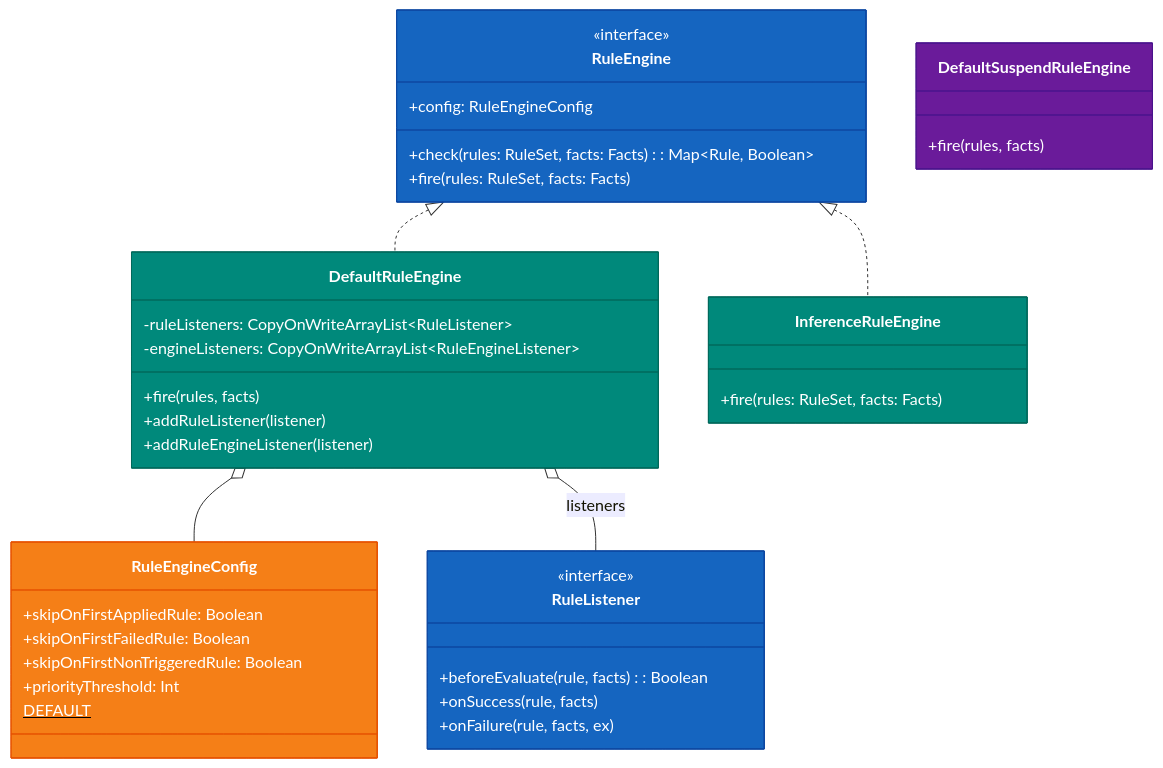
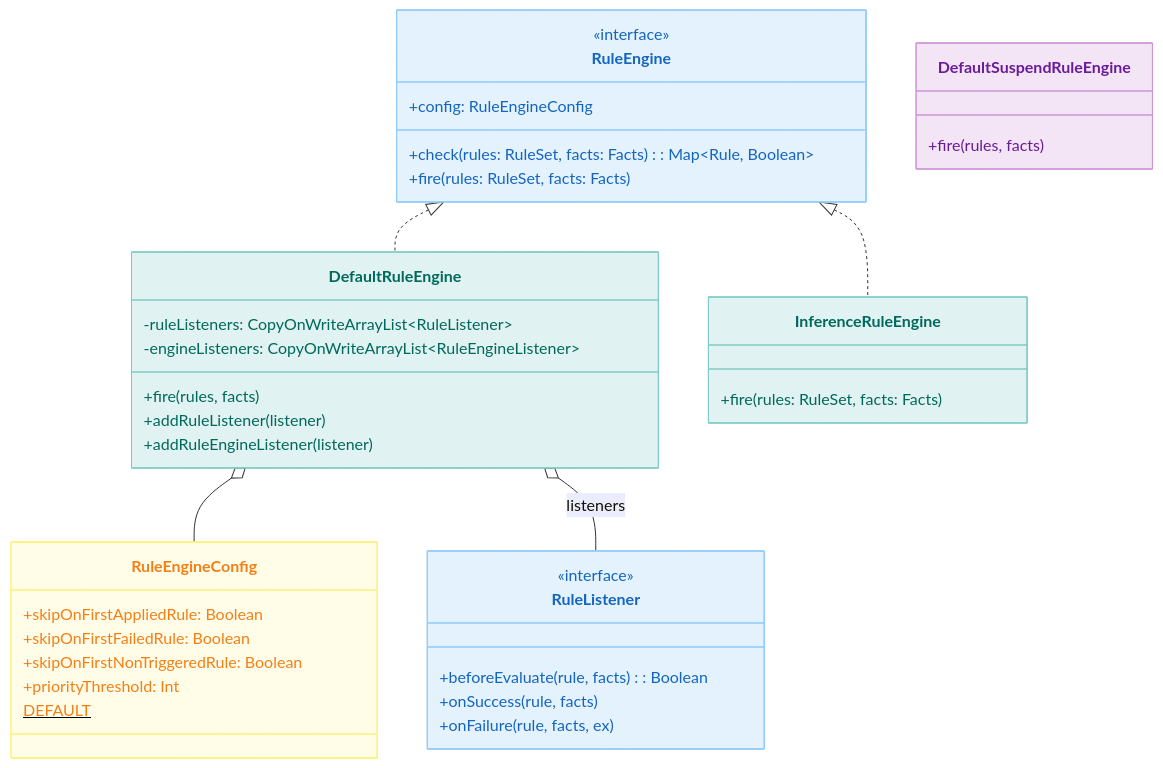
Before and after one commit to bluetape4k/bluetape4k-projects: the third of 8 diagrams in utils/rule-engine/README.ko.md, drawn with Mermaid. The commit also changed other lines of this file and 219 other files, not shown here.

First line of the commit message:
docs: 전체 README Mermaid 다이어그램 가이드 적용

````diff
--- a/utils/rule-engine/README.ko.md
+++ b/utils/rule-engine/README.ko.md
@@ -140,52 +140,52 @@
 ```mermaid
 classDiagram
     class RuleEngine {
         <<interface>>
         +config: RuleEngineConfig
         +check(rules: RuleSet, facts: Facts): Map~Rule, Boolean~
         +fire(rules: RuleSet, facts: Facts)
     }
 
     class DefaultRuleEngine {
         -ruleListeners: CopyOnWriteArrayList~RuleListener~
         -engineListeners: CopyOnWriteArrayList~RuleEngineListener~
         +fire(rules, facts)
         +addRuleListener(listener)
         +addRuleEngineListener(listener)
     }
 
     class DefaultSuspendRuleEngine {
         +fire(rules, facts)
     }
 
     class InferenceRuleEngine {
         +fire(rules: RuleSet, facts: Facts)
     }
 
     class RuleEngineConfig {
         +skipOnFirstAppliedRule: Boolean
         +skipOnFirstFailedRule: Boolean
         +skipOnFirstNonTriggeredRule: Boolean
         +priorityThreshold: Int
         DEFAULT$
     }
 
     class RuleListener {
         <<interface>>
         +beforeEvaluate(rule, facts): Boolean
         +onSuccess(rule, facts)
         +onFailure(rule, facts, ex)
     }
 
     RuleEngine <|.. DefaultRuleEngine
     RuleEngine <|.. InferenceRuleEngine
     DefaultRuleEngine o-- RuleEngineConfig
     DefaultRuleEngine o-- RuleListener : listeners
 
-    style RuleEngine fill:#1565C0,stroke:#0D47A1,color:#FFFFFF
-    style DefaultRuleEngine fill:#00897B,stroke:#00695C,color:#FFFFFF
-    style DefaultSuspendRuleEngine fill:#6A1B9A,stroke:#4A148C,color:#FFFFFF
-    style InferenceRuleEngine fill:#00897B,stroke:#00695C,color:#FFFFFF
-    style RuleEngineConfig fill:#F57F17,stroke:#E65100,color:#FFFFFF
-    style RuleListener fill:#1565C0,stroke:#0D47A1,color:#FFFFFF
+    style RuleEngine fill:#E3F2FD,stroke:#90CAF9,color:#1565C0
+    style DefaultRuleEngine fill:#E0F2F1,stroke:#80CBC4,color:#00695C
+    style DefaultSuspendRuleEngine fill:#F3E5F5,stroke:#CE93D8,color:#6A1B9A
+    style InferenceRuleEngine fill:#E0F2F1,stroke:#80CBC4,color:#00695C
+    style RuleEngineConfig fill:#FFFDE7,stroke:#FFF176,color:#F57F17
+    style RuleListener fill:#E3F2FD,stroke:#90CAF9,color:#1565C0
 ```
````
